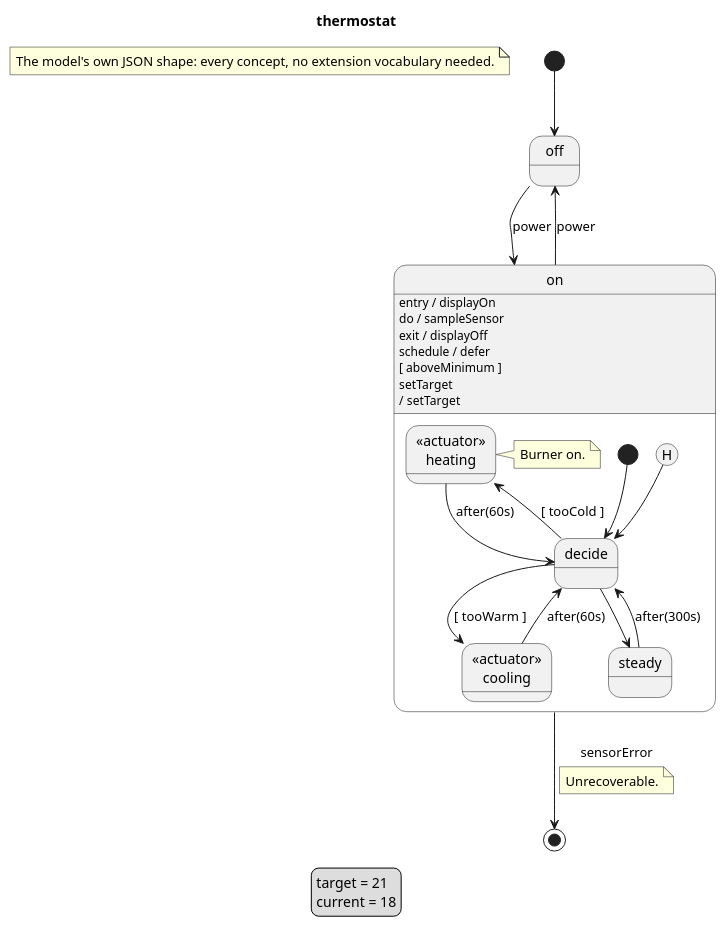
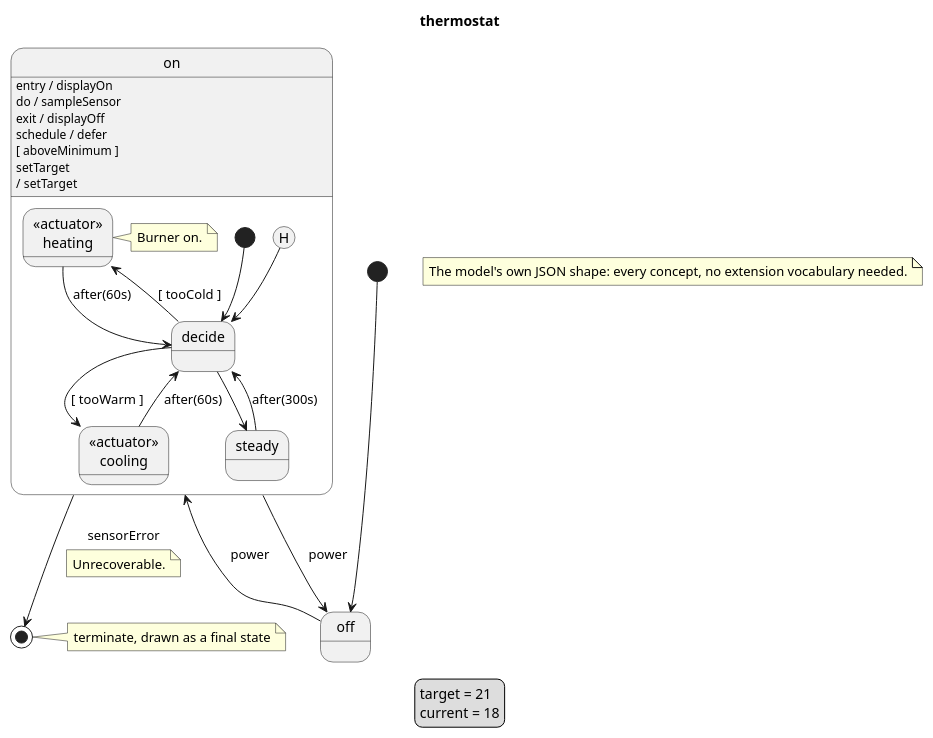
The diagram in example/thermostat.puml (vincedupuis/transplantUML), drawn with PlantUML before and after one commit. The commit also changed 37 other files, not shown here.

```diff
--- a/example/thermostat.puml
+++ b/example/thermostat.puml
@@ -1,39 +1,40 @@
 @startuml
 title thermostat
 note as machineNote
     The model's own JSON shape: every concept, no extension vocabulary needed.
 end note
 legend
     target = 21
     current = 18
 endlegend
 [*] --> off
 state off
 state on {
     [*] --> decide
     state decide <<choice>>
     state "«actuator»\nheating" as heating <<actuator>>
     note right of heating : Burner on.
     state "«actuator»\ncooling" as cooling <<actuator>>
     state steady
     state last <<history>>
     decide --> heating: [ tooCold ]
     decide --> cooling: [ tooWarm ]
     decide --> steady
     heating --> decide: after(60s)
     cooling --> decide: after(60s)
     steady --> decide: after(300s)
     last --> decide
 }
 on : entry / displayOn
 on : do / sampleSensor
 on : exit / displayOff
 on : schedule / defer
 on : [ aboveMinimum ]
 state fault <<end>>
+note right of fault : terminate, drawn as a final state
 off --> on: power
 on --> off: power
 on --> fault: sensorError
 note on link : Unrecoverable.
 on : setTarget\n/ setTarget
 @enduml
```
